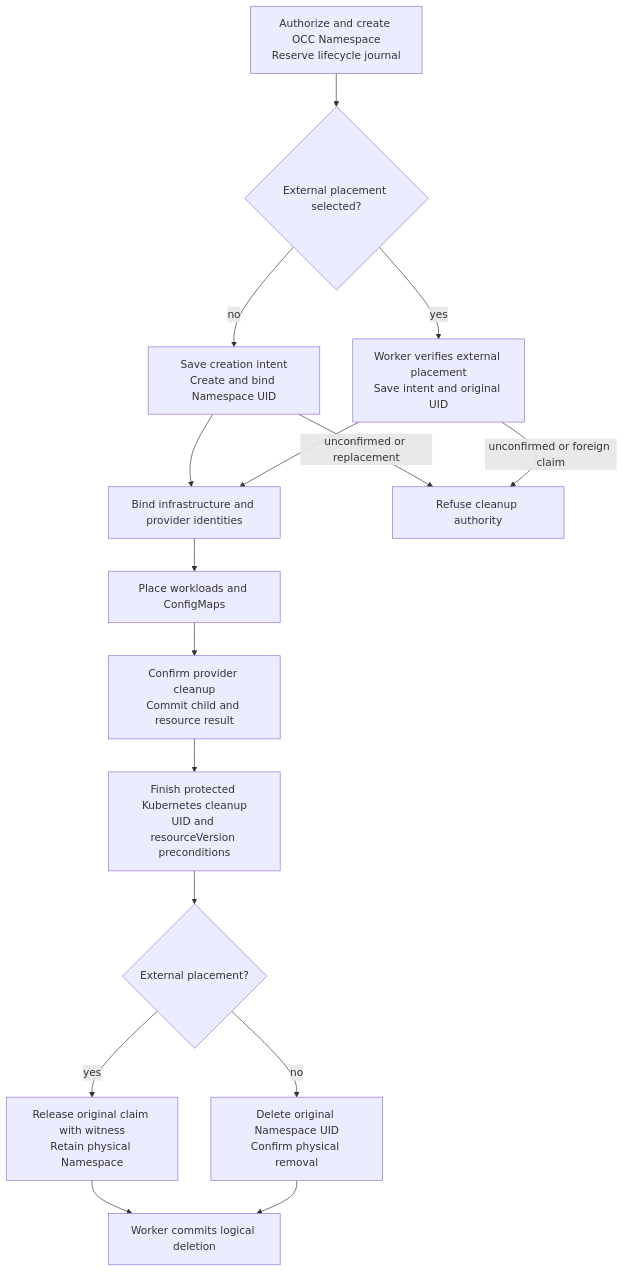
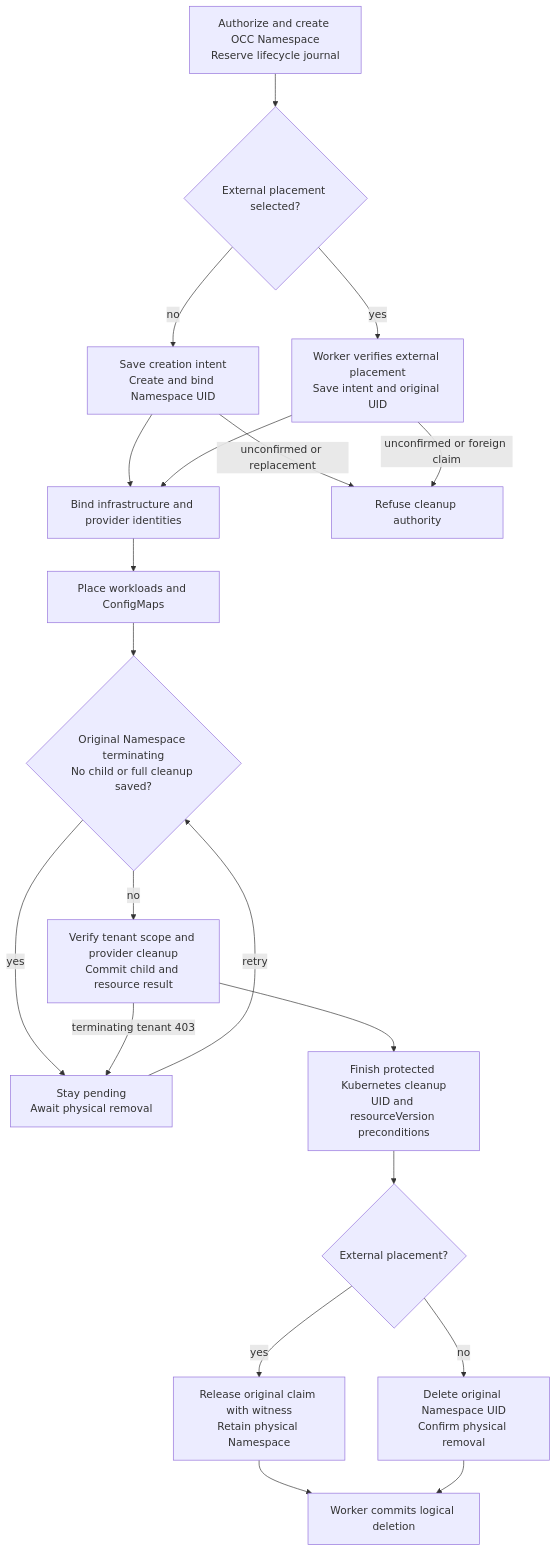
One commit to openclaw/openclaw-enterprise changed the diagram in docs/flows/kubernetes-existing-namespace-placement.md. Above: the diagram before and after it, drawn with Mermaid. The commit also changed other lines of this file and 20 other files, not shown here.

First line of the commit message:
fix(compute): preserve Namespace cleanup after tenant RBAC loss

````diff
--- a/docs/flows/kubernetes-existing-namespace-placement.md
+++ b/docs/flows/kubernetes-existing-namespace-placement.md
@@ -34,18 +34,22 @@
 ```mermaid
 graph TD
   A["Authorize and create OCC Namespace<br/>Reserve lifecycle journal"] --> B{"External placement selected?"}
   B -->|no| C["Save creation intent<br/>Create and bind Namespace UID"]
   B -->|yes| D["Worker verifies external placement<br/>Save intent and original UID"]
   C --> G["Bind infrastructure and provider identities"]
   D --> G
   C -->|unconfirmed or replacement| F["Refuse cleanup authority"]
   D -->|unconfirmed or foreign claim| F
   G --> H["Place workloads and ConfigMaps"]
-  H --> I["Confirm provider cleanup<br/>Commit child and resource result"]
+  H --> T{"Original Namespace terminating<br/>No child or full cleanup saved?"}
+  T -->|yes| W["Stay pending<br/>Await physical removal"]
+  T -->|no| I["Verify tenant scope and provider cleanup<br/>Commit child and resource result"]
+  I -->|terminating tenant 403| W
+  W -->|retry| T
   I --> L["Finish protected Kubernetes cleanup<br/>UID and resourceVersion preconditions"]
   L --> M{"External placement?"}
   M -->|yes| N["Release original claim with witness<br/>Retain physical Namespace"]
   M -->|no| O["Delete original Namespace UID<br/>Confirm physical removal"]
   N --> P["Worker commits logical deletion"]
   O --> P
 ```
````
